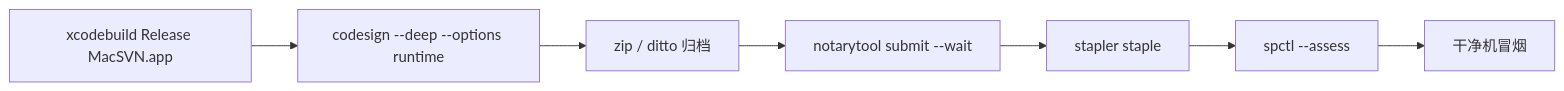
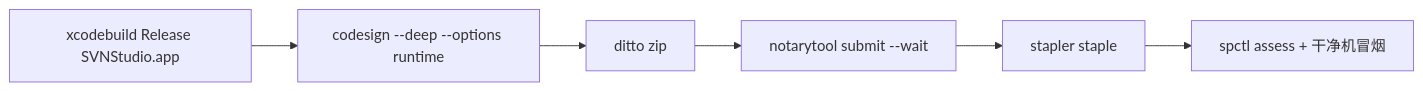
The diagram in docs/packaging/signing-and-notarization.md (yclenove/mac-svn-desktop), drawn with Mermaid before and after one commit. The commit also changed other lines of this file and 54 other files, not shown here.

````diff
--- a/docs/packaging/signing-and-notarization.md
+++ b/docs/packaging/signing-and-notarization.md
@@ -44,9 +38,8 @@
 ```mermaid
 flowchart LR
-  A[xcodebuild Release MacSVN.app] --> B[codesign --deep --options runtime]
-  B --> C[zip / ditto 归档]
+  A[xcodebuild Release SVNStudio.app] --> B[codesign --deep --options runtime]
+  B --> C[ditto zip]
   C --> D[notarytool submit --wait]
   D --> E[stapler staple]
-  E --> F[spctl --assess]
-  F --> G[干净机冒烟]
+  E --> F[spctl assess + 干净机冒烟]
 ```
````
